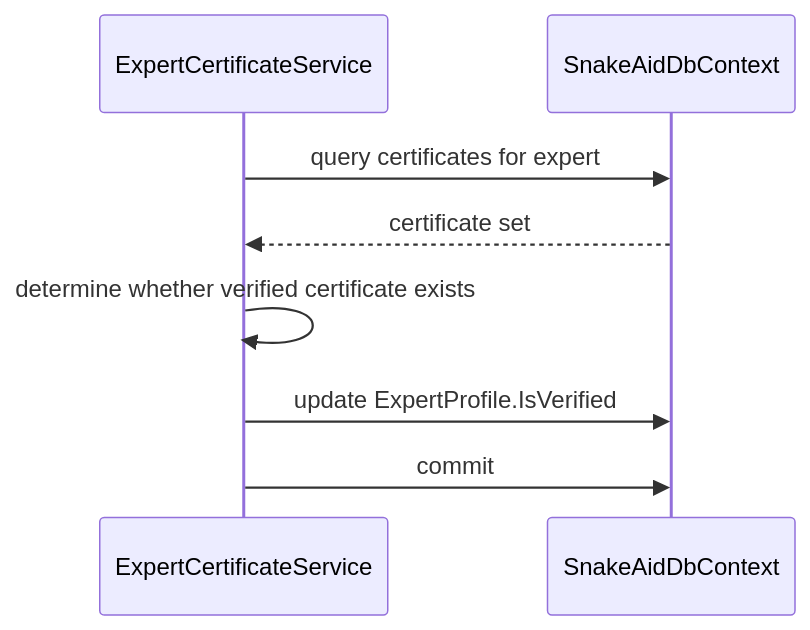
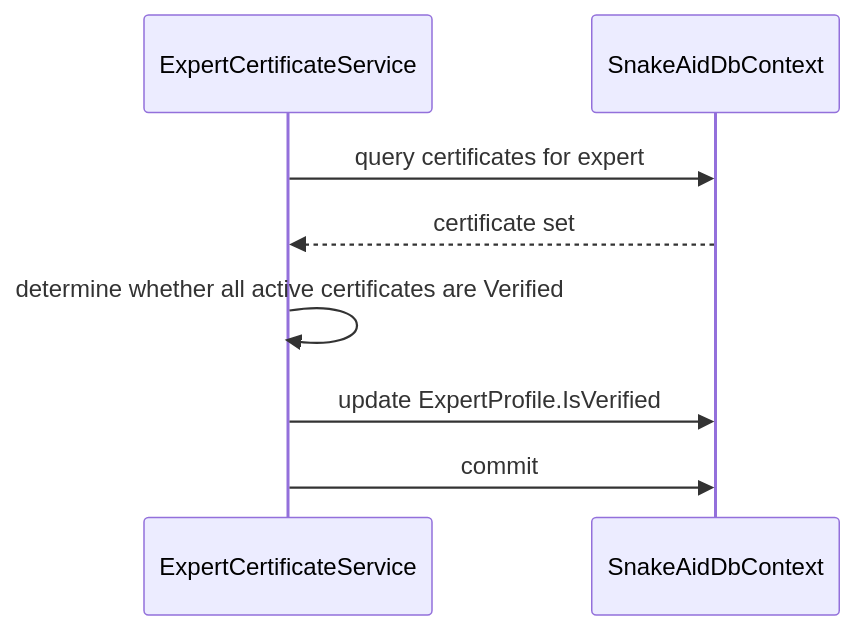
Before and after one commit to Snake-AID/SnakeAid.Docs: the seventh of 7 diagrams in Docs/05-Backend/02-layers/expert-certs/expert-certs.sourcecode.md, drawn with Mermaid. The commit also changed other lines of this file and 4 other files, not shown here.

````diff
--- a/Docs/05-Backend/02-layers/expert-certs/expert-certs.sourcecode.md
+++ b/Docs/05-Backend/02-layers/expert-certs/expert-certs.sourcecode.md
@@ -175,11 +224,11 @@
 ```mermaid
 sequenceDiagram
     participant Service as ExpertCertificateService
     participant DB as SnakeAidDbContext
 
     Service->>DB: query certificates for expert
     DB-->>Service: certificate set
-    Service->>Service: determine whether verified certificate exists
+    Service->>Service: determine whether all active certificates are Verified
     Service->>DB: update ExpertProfile.IsVerified
     Service->>DB: commit
 ```
````
